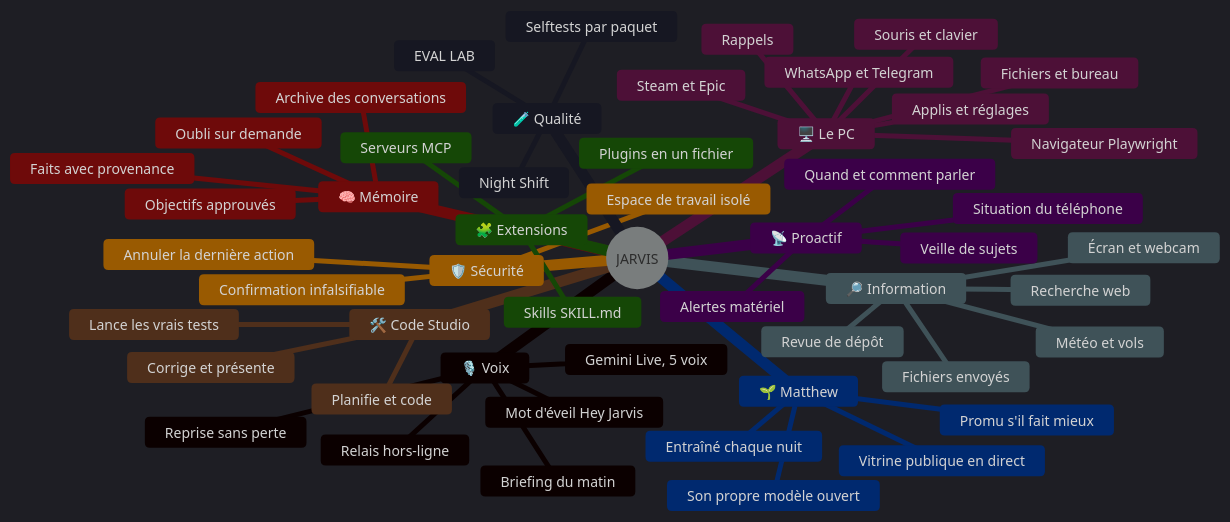
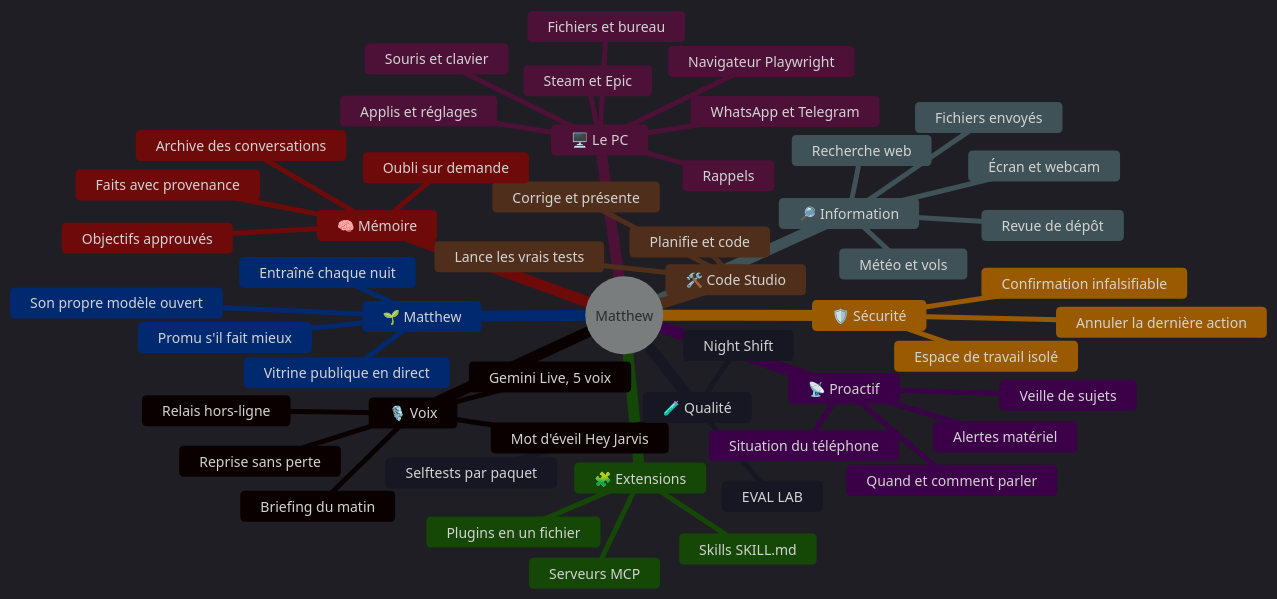
One commit to TeddyDARKVADOR/Jarvis_replacement_new changed the second of 3 diagrams in readme.md. Above: the diagram before and after it, drawn with Mermaid. The commit also changed other lines of this file and 281 other files, not shown here.

First line of the commit message:
Renommage : JARVIS devient Matthew (textes) et matthew_assistant (code)

````diff
--- a/readme.md
+++ b/readme.md
@@ -59,56 +59,56 @@
 ```mermaid
 %%{init: {"theme": "dark", "themeVariables": {"fontFamily": "Segoe UI, Helvetica, Arial", "fontSize": "14px"}}}%%
 mindmap
-  root((JARVIS))
+  root((Matthew))
     🎙️ Voix
       Gemini Live, 5 voix
       Mot d'éveil Hey Jarvis
       Reprise sans perte
       Briefing du matin
       Relais hors-ligne
     🖥️ Le PC
       Applis et réglages
       Souris et clavier
       Fichiers et bureau
       Navigateur Playwright
       WhatsApp et Telegram
       Steam et Epic
       Rappels
     🔎 Information
       Recherche web
       Météo et vols
       Écran et webcam
       Fichiers envoyés
       Revue de dépôt
     🛠️ Code Studio
       Planifie et code
       Lance les vrais tests
       Corrige et présente
     🧠 Mémoire
       Faits avec provenance
       Archive des conversations
       Oubli sur demande
       Objectifs approuvés
     📡 Proactif
       Situation du téléphone
       Quand et comment parler
       Veille de sujets
       Alertes matériel
     🛡️ Sécurité
       Confirmation infalsifiable
       Annuler la dernière action
       Espace de travail isolé
     🧩 Extensions
       Plugins en un fichier
       Serveurs MCP
       Skills SKILL.md
     🧪 Qualité
       Selftests par paquet
       EVAL LAB
       Night Shift
     🌱 Matthew
       Son propre modèle ouvert
       Entraîné chaque nuit
       Promu s'il fait mieux
       Vitrine publique en direct
 ```
````
